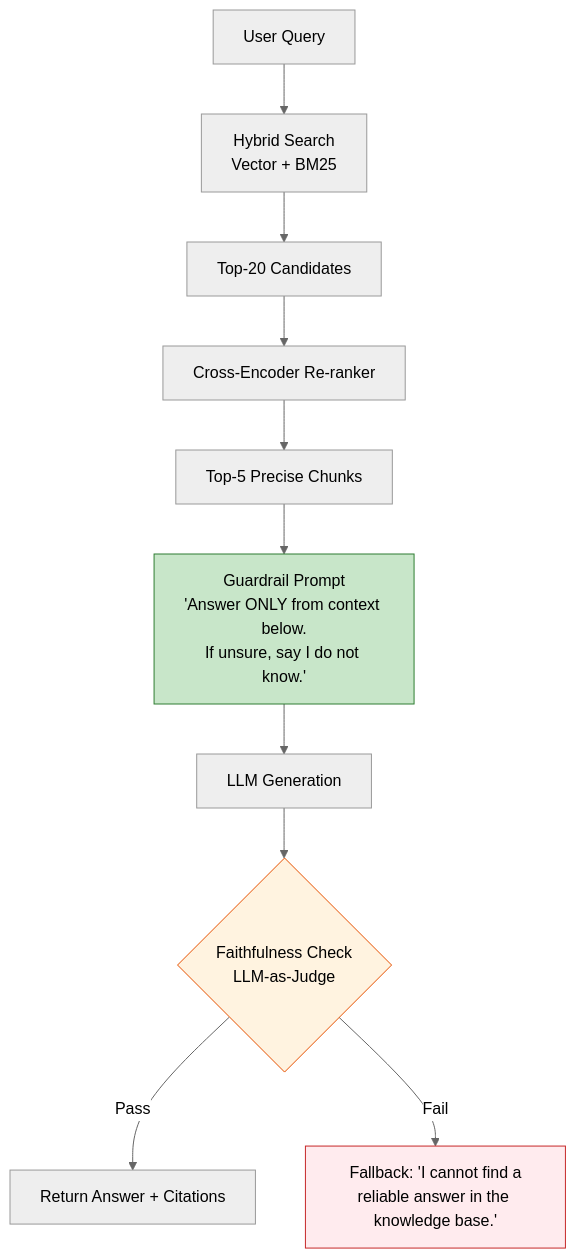
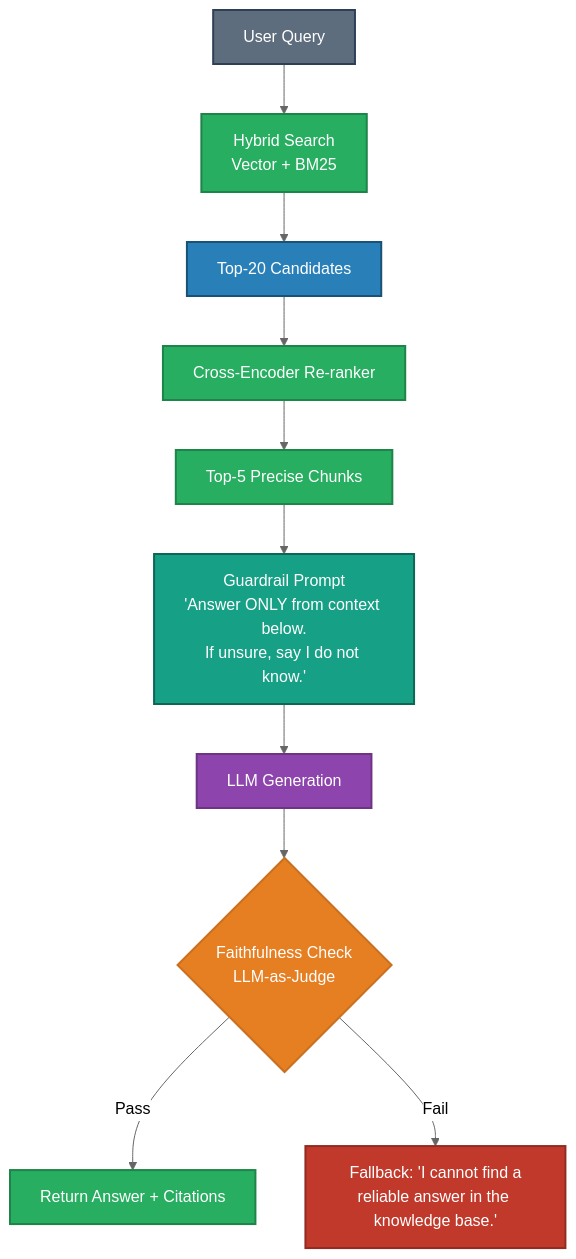
One commit to GyanendraChaubey/AI-Engineering-Notes changed the second of 24 diagrams in docs/17-interview-questions/topic_deep_dive_rag.md. Above: the diagram before and after it, drawn with Mermaid (neutral theme). The commit also changed other lines of this file and 74 other files, not shown here.

First line of the commit message:
refactor: split company_wise_interviews.md into 72 individual interview files + fix mermaid colors

````diff
--- a/docs/17-interview-questions/topic_deep_dive_rag.md
+++ b/docs/17-interview-questions/topic_deep_dive_rag.md
@@ -102,16 +113,23 @@
 ```mermaid
 flowchart TD
     A[User Query] --> B[Hybrid Search\nVector + BM25]
     B --> C[Top-20 Candidates]
     C --> D[Cross-Encoder Re-ranker]
     D --> E[Top-5 Precise Chunks]
     E --> F[Guardrail Prompt\n'Answer ONLY from context below.\nIf unsure, say I do not know.']
     F --> G[LLM Generation]
     G --> H{Faithfulness Check\nLLM-as-Judge}
     H -->|Pass| I[Return Answer + Citations]
     H -->|Fail| J[Fallback: 'I cannot find a\nreliable answer in the knowledge base.']
 
-    style F fill:#c8e6c9,stroke:#2e7d32
-    style H fill:#fff3e0,stroke:#e65100
-    style J fill:#ffebee,stroke:#c62828
+    style A fill:#5D6D7E,stroke:#2E4057,stroke-width:2px,color:#FFFFFF
+    style B fill:#27AE60,stroke:#1E8449,stroke-width:2px,color:#FFFFFF
+    style C fill:#2980B9,stroke:#1A5276,stroke-width:2px,color:#FFFFFF
+    style D fill:#27AE60,stroke:#1E8449,stroke-width:2px,color:#FFFFFF
+    style E fill:#27AE60,stroke:#1E8449,stroke-width:2px,color:#FFFFFF
+    style F fill:#16A085,stroke:#0E6655,stroke-width:2px,color:#FFFFFF
+    style G fill:#8E44AD,stroke:#6C3483,stroke-width:2px,color:#FFFFFF
+    style H fill:#E67E22,stroke:#CA6F1E,stroke-width:2px,color:#FFFFFF
+    style I fill:#27AE60,stroke:#1E8449,stroke-width:2px,color:#FFFFFF
+    style J fill:#C0392B,stroke:#922B21,stroke-width:2px,color:#FFFFFF
 ```
````
